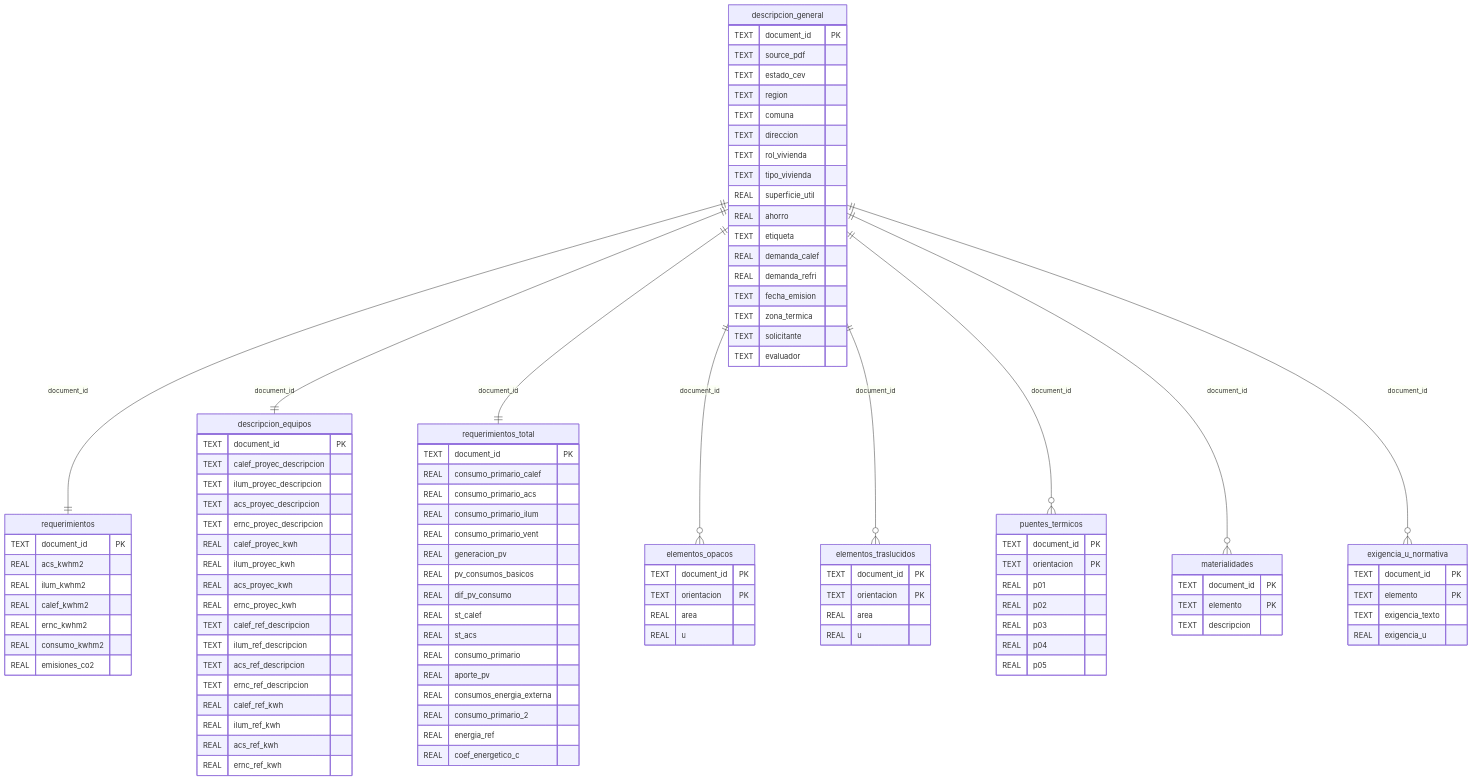
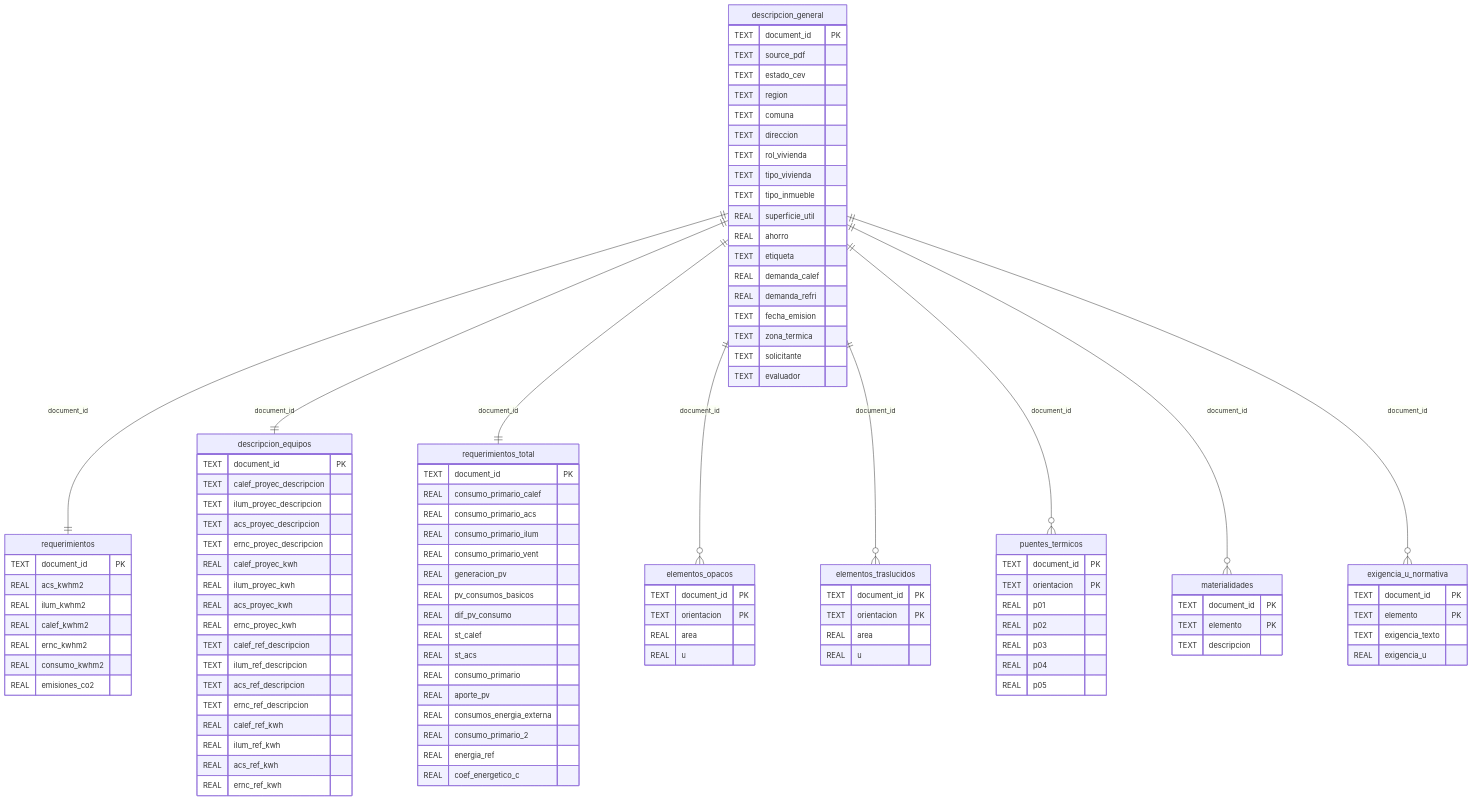
The diagram in docs/diagrams/cev_sqlite_er.mmd (cristobal-dr/CEV_processing), drawn with Mermaid before and after one commit. The commit also changed 1 other file, not shown here.

Commit message:
Documenta campo tipo_inmueble en ERD SQLite

```diff
--- a/docs/diagrams/cev_sqlite_er.mmd
+++ b/docs/diagrams/cev_sqlite_er.mmd
@@ -1,115 +1,116 @@
 erDiagram
     descripcion_general ||--|| requerimientos : "document_id"
     descripcion_general ||--|| descripcion_equipos : "document_id"
     descripcion_general ||--|| requerimientos_total : "document_id"
     descripcion_general ||--o{ elementos_opacos : "document_id"
     descripcion_general ||--o{ elementos_traslucidos : "document_id"
     descripcion_general ||--o{ puentes_termicos : "document_id"
     descripcion_general ||--o{ materialidades : "document_id"
     descripcion_general ||--o{ exigencia_u_normativa : "document_id"
 
     descripcion_general {
         TEXT document_id PK
         TEXT source_pdf
         TEXT estado_cev
         TEXT region
         TEXT comuna
         TEXT direccion
         TEXT rol_vivienda
         TEXT tipo_vivienda
+        TEXT tipo_inmueble
         REAL superficie_util
         REAL ahorro
         TEXT etiqueta
         REAL demanda_calef
         REAL demanda_refri
         TEXT fecha_emision
         TEXT zona_termica
         TEXT solicitante
         TEXT evaluador
     }
 
     requerimientos {
         TEXT document_id PK
         REAL acs_kwhm2
         REAL ilum_kwhm2
         REAL calef_kwhm2
         REAL ernc_kwhm2
         REAL consumo_kwhm2
         REAL emisiones_co2
     }
 
     descripcion_equipos {
         TEXT document_id PK
         TEXT calef_proyec_descripcion
         TEXT ilum_proyec_descripcion
         TEXT acs_proyec_descripcion
         TEXT ernc_proyec_descripcion
         REAL calef_proyec_kwh
         REAL ilum_proyec_kwh
         REAL acs_proyec_kwh
         REAL ernc_proyec_kwh
         TEXT calef_ref_descripcion
         TEXT ilum_ref_descripcion
         TEXT acs_ref_descripcion
         TEXT ernc_ref_descripcion
         REAL calef_ref_kwh
         REAL ilum_ref_kwh
         REAL acs_ref_kwh
         REAL ernc_ref_kwh
     }
 
     requerimientos_total {
         TEXT document_id PK
         REAL consumo_primario_calef
         REAL consumo_primario_acs
         REAL consumo_primario_ilum
         REAL consumo_primario_vent
         REAL generacion_pv
         REAL pv_consumos_basicos
         REAL dif_pv_consumo
         REAL st_calef
         REAL st_acs
         REAL consumo_primario
         REAL aporte_pv
         REAL consumos_energia_externa
         REAL consumo_primario_2
         REAL energia_ref
         REAL coef_energetico_c
     }
 
     elementos_opacos {
         TEXT document_id PK
         TEXT orientacion PK
         REAL area
         REAL u
     }
 
     elementos_traslucidos {
         TEXT document_id PK
         TEXT orientacion PK
         REAL area
         REAL u
     }
 
     puentes_termicos {
         TEXT document_id PK
         TEXT orientacion PK
         REAL p01
         REAL p02
         REAL p03
         REAL p04
         REAL p05
     }
 
     materialidades {
         TEXT document_id PK
         TEXT elemento PK
         TEXT descripcion
     }
 
     exigencia_u_normativa {
         TEXT document_id PK
         TEXT elemento PK
         TEXT exigencia_texto
         REAL exigencia_u
     }
```
